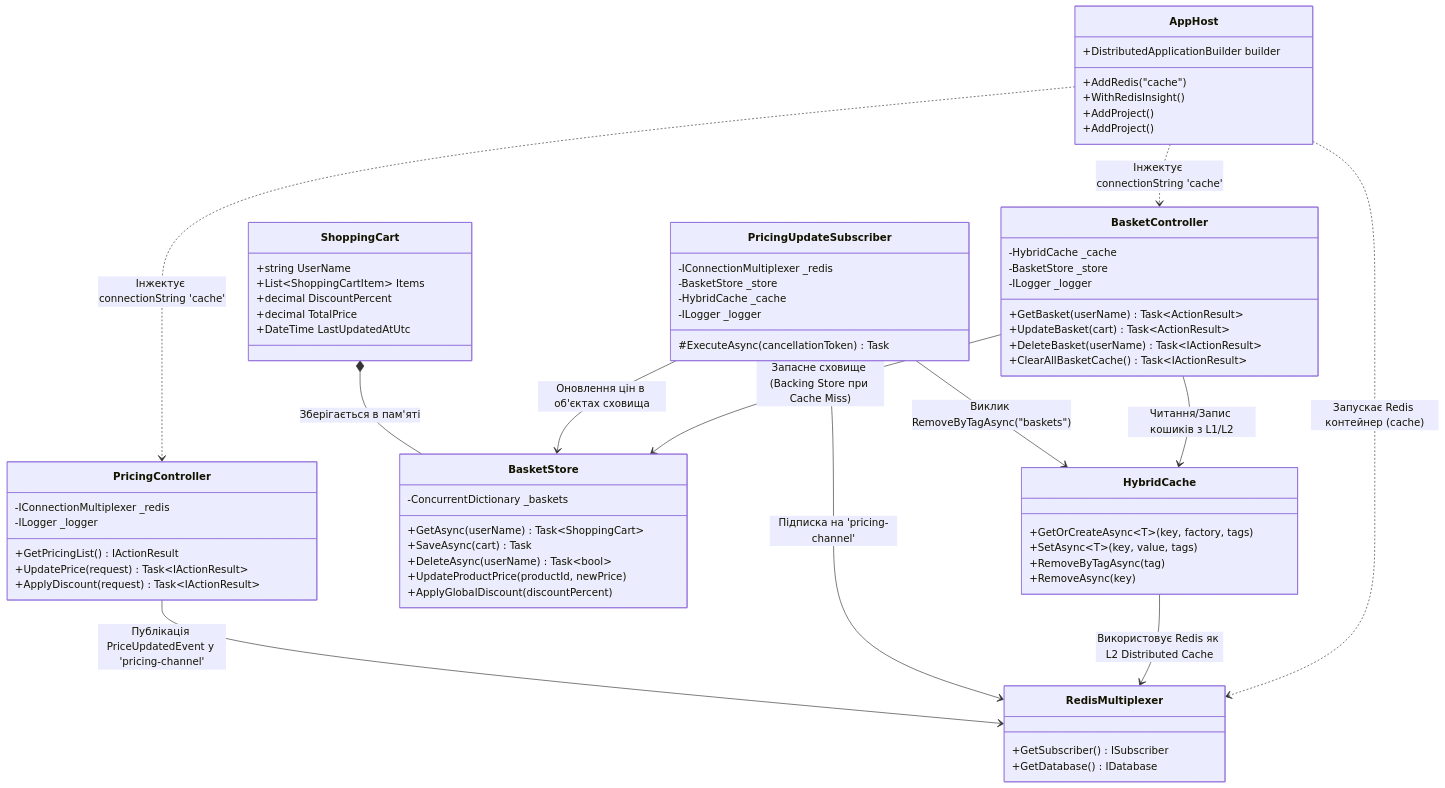
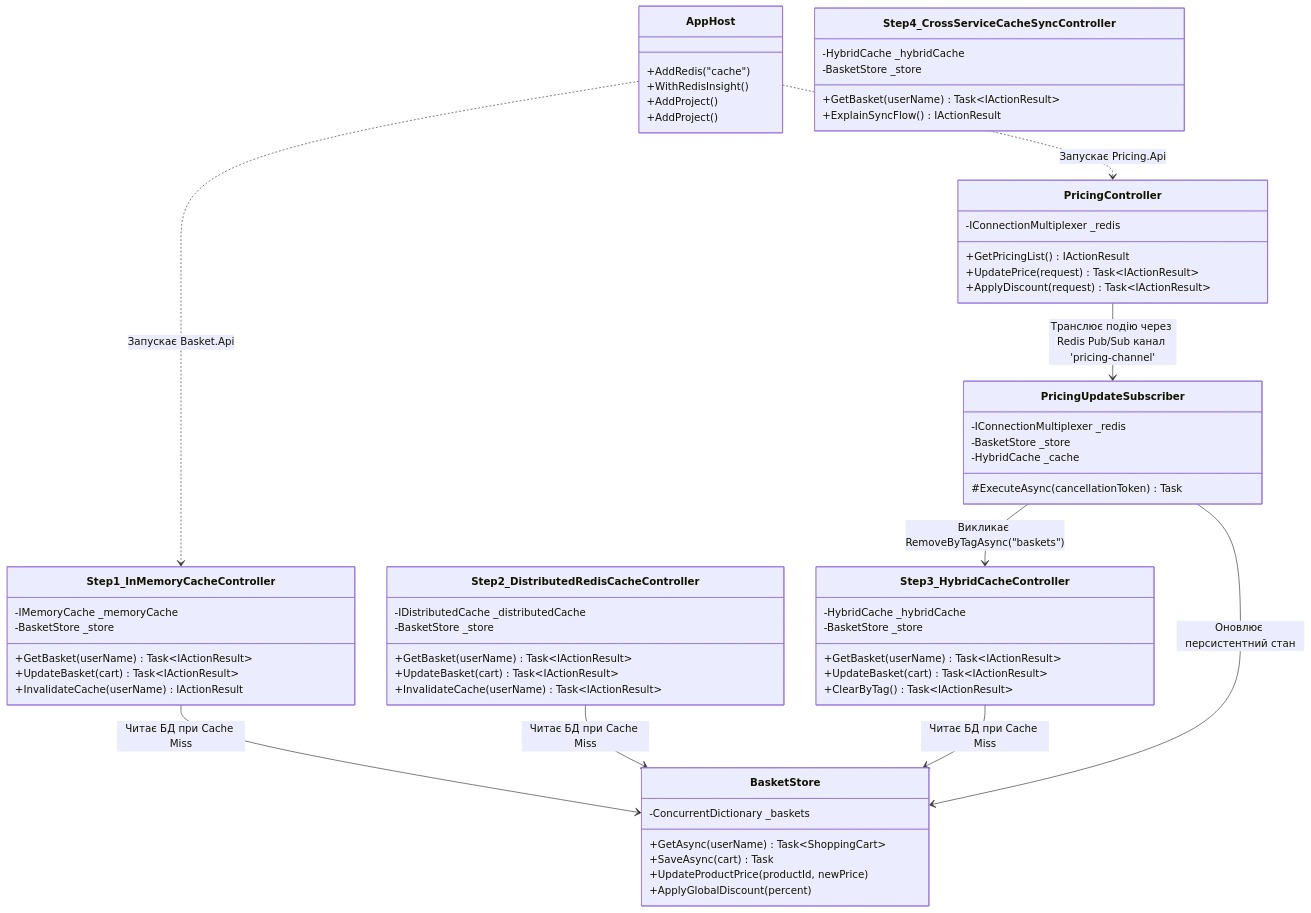
Before and after one commit to MrTomkaYurii/Microservices-Aspire-Mastery: the second of 6 diagrams in 02-Centralized-Caching-Redis/STRUCTURE-AND-DATA-FLOW.md, drawn with Mermaid. The commit also changed other lines of this file and 8 other files, not shown here.

Commit message:
refactor(caching): decompose caching into 4 educational steps (InMemory, Redis, HybridCache, PubSub sync) with pedagogical preambles

````diff
--- a/02-Centralized-Caching-Redis/STRUCTURE-AND-DATA-FLOW.md
+++ b/02-Centralized-Caching-Redis/STRUCTURE-AND-DATA-FLOW.md
@@ -48,80 +72,73 @@
 ```mermaid
 classDiagram
     class AppHost {
-        +DistributedApplicationBuilder builder
         +AddRedis("cache")
         +WithRedisInsight()
         +AddProject<Basket_Api>()
         +AddProject<Pricing_Api>()
     }
 
-    class HybridCache {
-        +GetOrCreateAsync~T~(key, factory, tags)
-        +SetAsync~T~(key, value, tags)
-        +RemoveByTagAsync(tag)
-        +RemoveAsync(key)
+    class Step1_InMemoryCacheController {
+        -IMemoryCache _memoryCache
+        -BasketStore _store
+        +GetBasket(userName) Task~IActionResult~
+        +UpdateBasket(cart) Task~IActionResult~
+        +InvalidateCache(userName) IActionResult
+    }
+
+    class Step2_DistributedRedisCacheController {
+        -IDistributedCache _distributedCache
+        -BasketStore _store
+        +GetBasket(userName) Task~IActionResult~
+        +UpdateBasket(cart) Task~IActionResult~
+        +InvalidateCache(userName) Task~IActionResult~
+    }
+
+    class Step3_HybridCacheController {
+        -HybridCache _hybridCache
+        -BasketStore _store
+        +GetBasket(userName) Task~IActionResult~
+        +UpdateBasket(cart) Task~IActionResult~
+        +ClearByTag() Task~IActionResult~
+    }
+
+    class Step4_CrossServiceCacheSyncController {
+        -HybridCache _hybridCache
+        -BasketStore _store
+        +GetBasket(userName) Task~IActionResult~
+        +ExplainSyncFlow() IActionResult
+    }
+
+    class PricingController {
+        -IConnectionMultiplexer _redis
+        +GetPricingList() IActionResult
+        +UpdatePrice(request) Task~IActionResult~
+        +ApplyDiscount(request) Task~IActionResult~
+    }
+
+    class PricingUpdateSubscriber {
+        -IConnectionMultiplexer _redis
+        -BasketStore _store
+        -HybridCache _cache
+        #ExecuteAsync(cancellationToken) Task
     }
 
     class BasketStore {
         -ConcurrentDictionary _baskets
         +GetAsync(userName) Task~ShoppingCart~
         +SaveAsync(cart) Task
-        +DeleteAsync(userName) Task~bool~
         +UpdateProductPrice(productId, newPrice)
-        +ApplyGlobalDiscount(discountPercent)
+        +ApplyGlobalDiscount(percent)
     }
 
-    class PricingUpdateSubscriber {
-        -IConnectionMultiplexer _redis
-        -BasketStore _store
-        -HybridCache _cache
-        -ILogger _logger
-        #ExecuteAsync(cancellationToken) Task
-    }
+    AppHost ..> Step1_InMemoryCacheController : Запускає Basket.Api
+    AppHost ..> PricingController : Запускає Pricing.Api
 
-    class ShoppingCart {
-        +string UserName
-        +List~ShoppingCartItem~ Items
-        +decimal DiscountPercent
-        +decimal TotalPrice
-        +DateTime LastUpdatedAtUtc
-    }
+    Step1_InMemoryCacheController --> BasketStore : Читає БД при Cache Miss
+    Step2_DistributedRedisCacheController --> BasketStore : Читає БД при Cache Miss
+    Step3_HybridCacheController --> BasketStore : Читає БД при Cache Miss
 
-    class BasketController {
-        -HybridCache _cache
-        -BasketStore _store
-        -ILogger _logger
-        +GetBasket(userName) Task~ActionResult~
-        +UpdateBasket(cart) Task~ActionResult~
-        +DeleteBasket(userName) Task~IActionResult~
-        +ClearAllBasketCache() Task~IActionResult~
-    }
-
-    class PricingController {
-        -IConnectionMultiplexer _redis
-        -ILogger _logger
-        +GetPricingList() IActionResult
-        +UpdatePrice(request) Task~IActionResult~
-        +ApplyDiscount(request) Task~IActionResult~
-    }
-
-    class RedisMultiplexer {
-        +GetSubscriber() ISubscriber
-        +GetDatabase() IDatabase
-    }
-
-    AppHost ..> RedisMultiplexer : Запускає Redis контейнер (cache)
-    AppHost ..> BasketController : Інжектує connectionString 'cache'
-    AppHost ..> PricingController : Інжектує connectionString 'cache'
-
-    BasketController --> HybridCache : Читання/Запис кошиків з L1/L2
-    BasketController --> BasketStore : Запасне сховище (Backing Store при Cache Miss)
-    HybridCache --> RedisMultiplexer : Використовує Redis як L2 Distributed Cache
-
-    PricingUpdateSubscriber --> RedisMultiplexer : Підписка на 'pricing-channel'
-    PricingUpdateSubscriber --> BasketStore : Оновлення цін в об'єктах сховища
-    PricingUpdateSubscriber --> HybridCache : Виклик RemoveByTagAsync("baskets")
-
-    PricingController --> RedisMultiplexer : Публікація PriceUpdatedEvent у 'pricing-channel'
-    ShoppingCart *-- BasketStore : Зберігається в пам'яті
+    PricingController --> PricingUpdateSubscriber : Транслює подію через Redis Pub/Sub канал 'pricing-channel'
+    PricingUpdateSubscriber --> BasketStore : Оновлює персистентний стан
+    PricingUpdateSubscriber --> Step3_HybridCacheController : Викликає RemoveByTagAsync("baskets")
 ```
````
